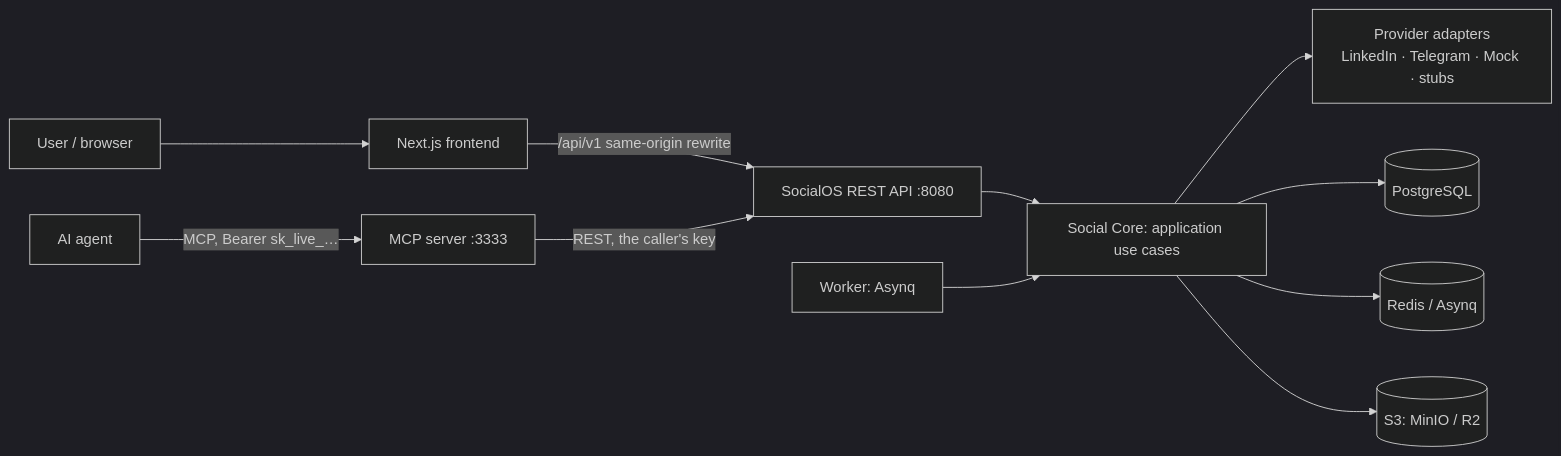
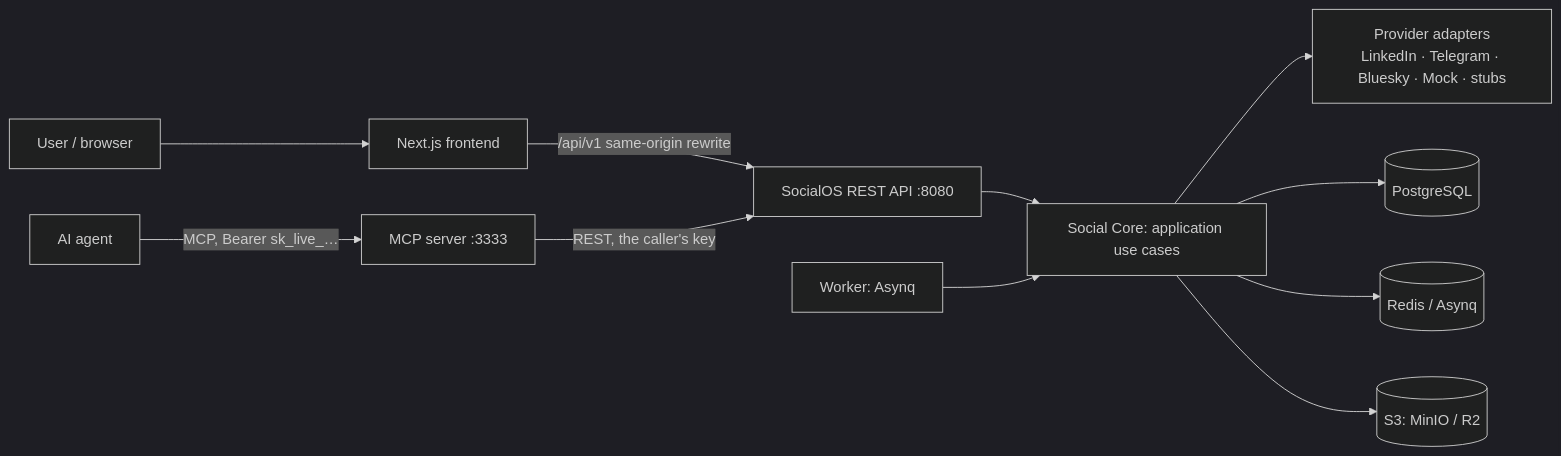
One commit to XXX1694/SMSI changed the diagram in README.md. Above: the diagram before and after it, drawn with Mermaid (dark theme). The commit also changed other lines of this file and 16 other files, not shown here.

Commit message:
feat(social): Bluesky provider with app passwords, facets, images and lookup

````diff
--- a/README.md
+++ b/README.md
@@ -24,13 +24,13 @@
 ```mermaid
 flowchart LR
   U[User / browser] --> FE[Next.js frontend]
   A[AI agent] -->|MCP, Bearer sk_live_…| MCP[MCP server :3333]
   FE -->|/api/v1 same-origin rewrite| API[SocialOS REST API :8080]
   MCP -->|REST, the caller's key| API
   API --> CORE[Social Core: application use cases]
   W[Worker: Asynq] --> CORE
-  CORE --> AD[Provider adapters<br/>LinkedIn · Telegram · Mock · stubs]
+  CORE --> AD[Provider adapters<br/>LinkedIn · Telegram · Bluesky · Mock · stubs]
   CORE --> PG[(PostgreSQL)]
   CORE --> R[(Redis / Asynq)]
   CORE --> S3[(S3: MinIO / R2)]
 ```
````
